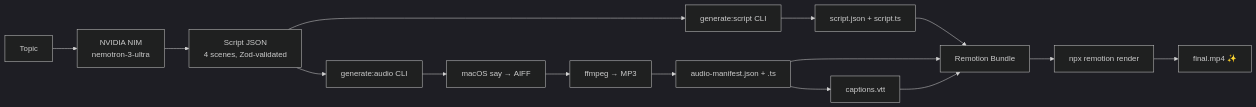
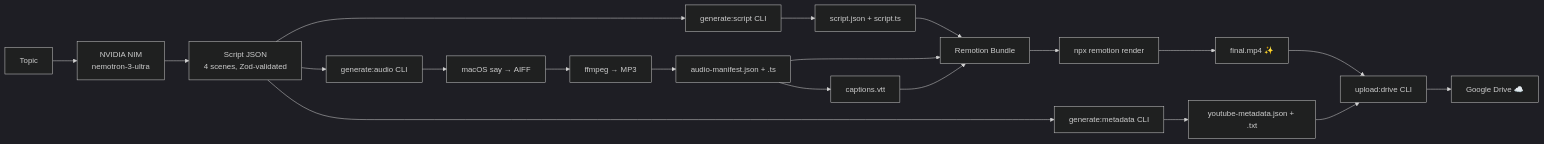
Before and after one commit to rmankkar/ai-code2video-creator: the diagram in README.md, drawn with Mermaid (dark theme). The commit also changed other lines of this file, not shown here.

Commit message:
feat: enhance README with YouTube Shorts metadata generation and Google Drive upload instructions

````diff
--- a/README.md
+++ b/README.md
@@ -41,17 +43,22 @@
 ```mermaid
 flowchart LR
     A[Topic] --> B[NVIDIA NIM<br/>nemotron-3-ultra]
     B --> C[Script JSON<br/>4 scenes, Zod-validated]
     C --> D[generate:script CLI]
     D --> E[script.json + script.ts]
     C --> F[generate:audio CLI]
     F --> G[macOS say → AIFF]
     G --> H[ffmpeg → MP3]
     H --> I[audio-manifest.json + .ts]
     I --> J[captions.vtt]
     E --> K[Remotion Bundle]
     I --> K
     J --> K
     K --> L[npx remotion render]
     L --> M[final.mp4 ✨]
+    C --> N[generate:metadata CLI]
+    N --> O[youtube-metadata.json + .txt]
+    M --> P[upload:drive CLI]
+    O --> P
+    P --> Q[Google Drive ☁️]
 ```
````
